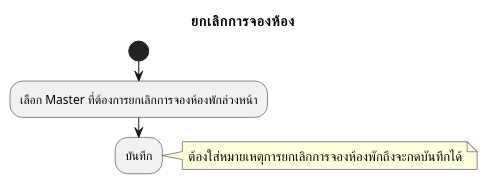
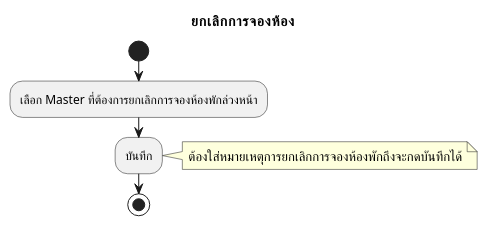
The diagram in activity-diagram/reservation/cancelreservation.md (cheat13/Prompiman_Diagram), drawn with PlantUML before and after one commit. The commit also changed 5 other files, not shown here.

```diff
--- a/activity-diagram/reservation/cancelreservation.md
+++ b/activity-diagram/reservation/cancelreservation.md
@@ -1,9 +1,10 @@
 @startuml
 title ยกเลิกการจองห้อง
 start
 :เลือก Master ที่ต้องการยกเลิกการจองห้องพักล่วงหน้า;
 :บันทึก;
 note right
 ต้องใส่หมายเหตุการยกเลิกการจองห้องพักถึงจะกดบันทึกได้
 end note
+stop
 @enduml
```
